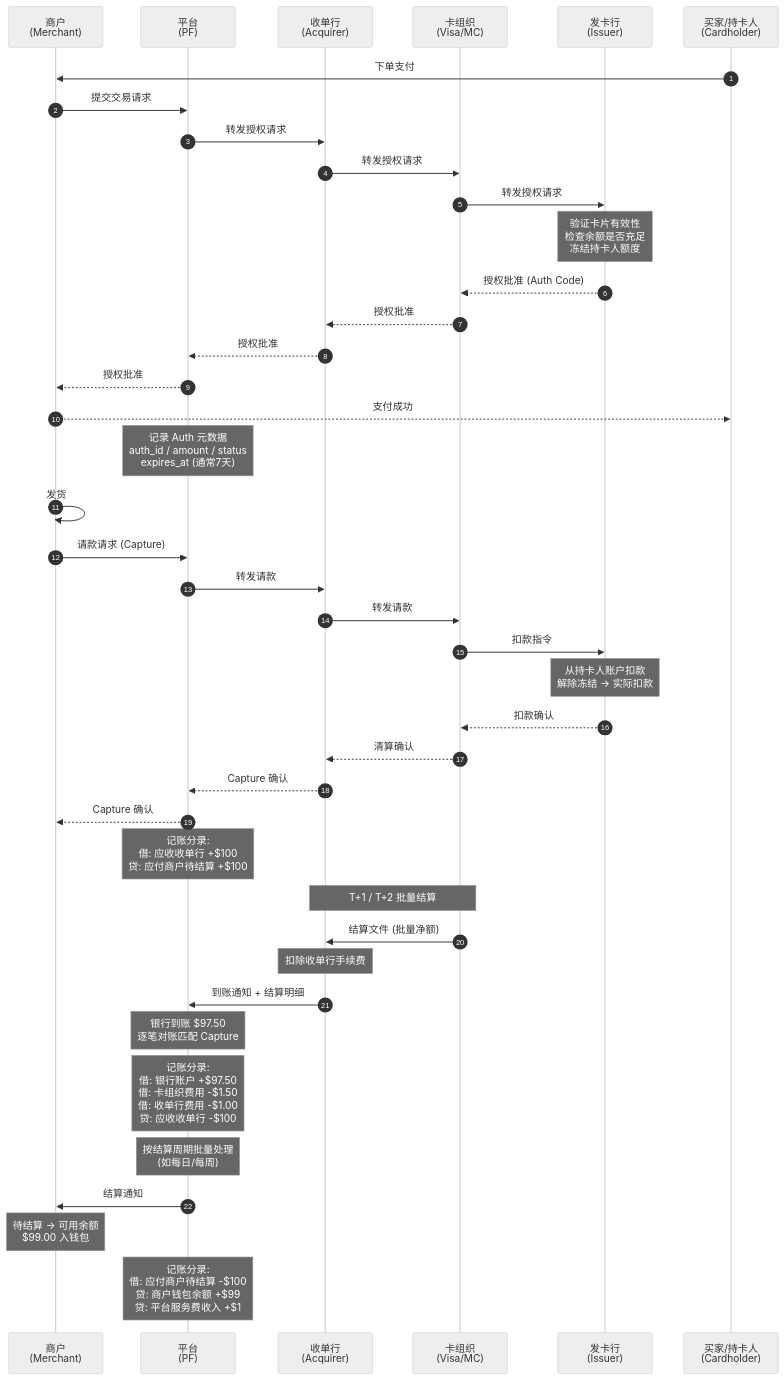
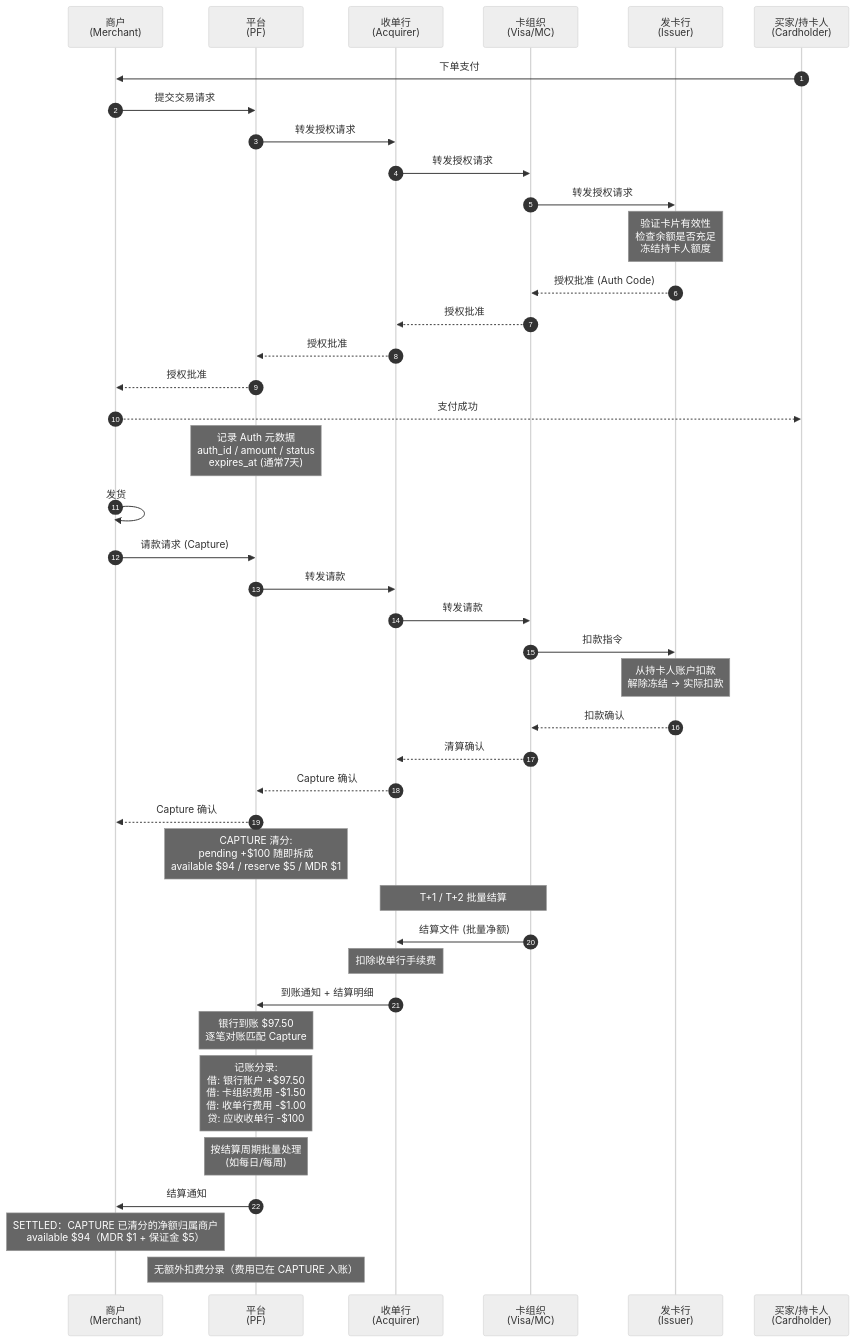
One commit to 1aboveio/wallet-architecture changed the diagram in docs/acquiring-information-flow.md. Above: the diagram before and after it, drawn with Mermaid (neutral theme). The commit also changed other lines of this file and 12 other files, not shown here.

````diff
--- a/docs/acquiring-information-flow.md
+++ b/docs/acquiring-information-flow.md
@@ -3,70 +3,70 @@
 ```mermaid
 sequenceDiagram
     autonumber
     participant M as 商户<br>(Merchant)
     participant PF as 平台<br>(PF)
     participant Acq as 收单行<br>(Acquirer)
     participant CN as 卡组织<br>(Visa/MC)
     participant Iss as 发卡行<br>(Issuer)
     participant C as 买家/持卡人<br>(Cardholder)
 
     box rgb(230,245,255) ① AUTH 授权
     end
 
     C->>M: 下单支付
     M->>PF: 提交交易请求
     PF->>Acq: 转发授权请求
     Acq->>CN: 转发授权请求
     CN->>Iss: 转发授权请求
 
     Note over Iss: 验证卡片有效性<br>检查余额是否充足<br>冻结持卡人额度
 
     Iss-->>CN: 授权批准 (Auth Code)
     CN-->>Acq: 授权批准
     Acq-->>PF: 授权批准
     PF-->>M: 授权批准
     M-->>C: 支付成功
 
     Note over PF: 记录 Auth 元数据<br>auth_id / amount / status<br>expires_at (通常7天)
 
     box rgb(255,245,230) ② CAPTURE 请款
     end
 
     M->>M: 发货
     M->>PF: 请款请求 (Capture)
     PF->>Acq: 转发请款
     Acq->>CN: 转发请款
     CN->>Iss: 扣款指令
 
     Note over Iss: 从持卡人账户扣款<br>解除冻结 → 实际扣款
 
     Iss-->>CN: 扣款确认
     CN-->>Acq: 清算确认
     Acq-->>PF: Capture 确认
     PF-->>M: Capture 确认
 
-    Note over PF: 记账分录:<br>借: 应收收单行 +$100<br>贷: 应付商户待结算 +$100
+    Note over PF: CAPTURE 清分:<br>pending +$100 随即拆成<br>available $94 / reserve $5 / MDR $1
 
     box rgb(230,255,230) ③ SETTLE 收单行 → PF
     end
 
     Note over CN,Acq: T+1 / T+2 批量结算
 
     CN->>Acq: 结算文件 (批量净额)
     Note over Acq: 扣除收单行手续费
 
     Acq->>PF: 到账通知 + 结算明细
     Note over PF: 银行到账 $97.50<br>逐笔对账匹配 Capture
 
     Note over PF: 记账分录:<br>借: 银行账户 +$97.50<br>借: 卡组织费用 -$1.50<br>借: 收单行费用 -$1.00<br>贷: 应收收单行 -$100
 
     box rgb(255,230,255) ④ SETTLE PF → 商户
     end
 
     Note over PF: 按结算周期批量处理<br>(如每日/每周)
 
     PF->>M: 结算通知
-    Note over M: 待结算 → 可用余额<br>$99.00 入钱包
+    Note over M: SETTLED：CAPTURE 已清分的净额归属商户<br>available $94（MDR $1 + 保证金 $5）
 
-    Note over PF: 记账分录:<br>借: 应付商户待结算 -$100<br>贷: 商户钱包余额 +$99<br>贷: 平台服务费收入 +$1
+    Note over PF: 无额外扣费分录（费用已在 CAPTURE 入账）
 ```
````
